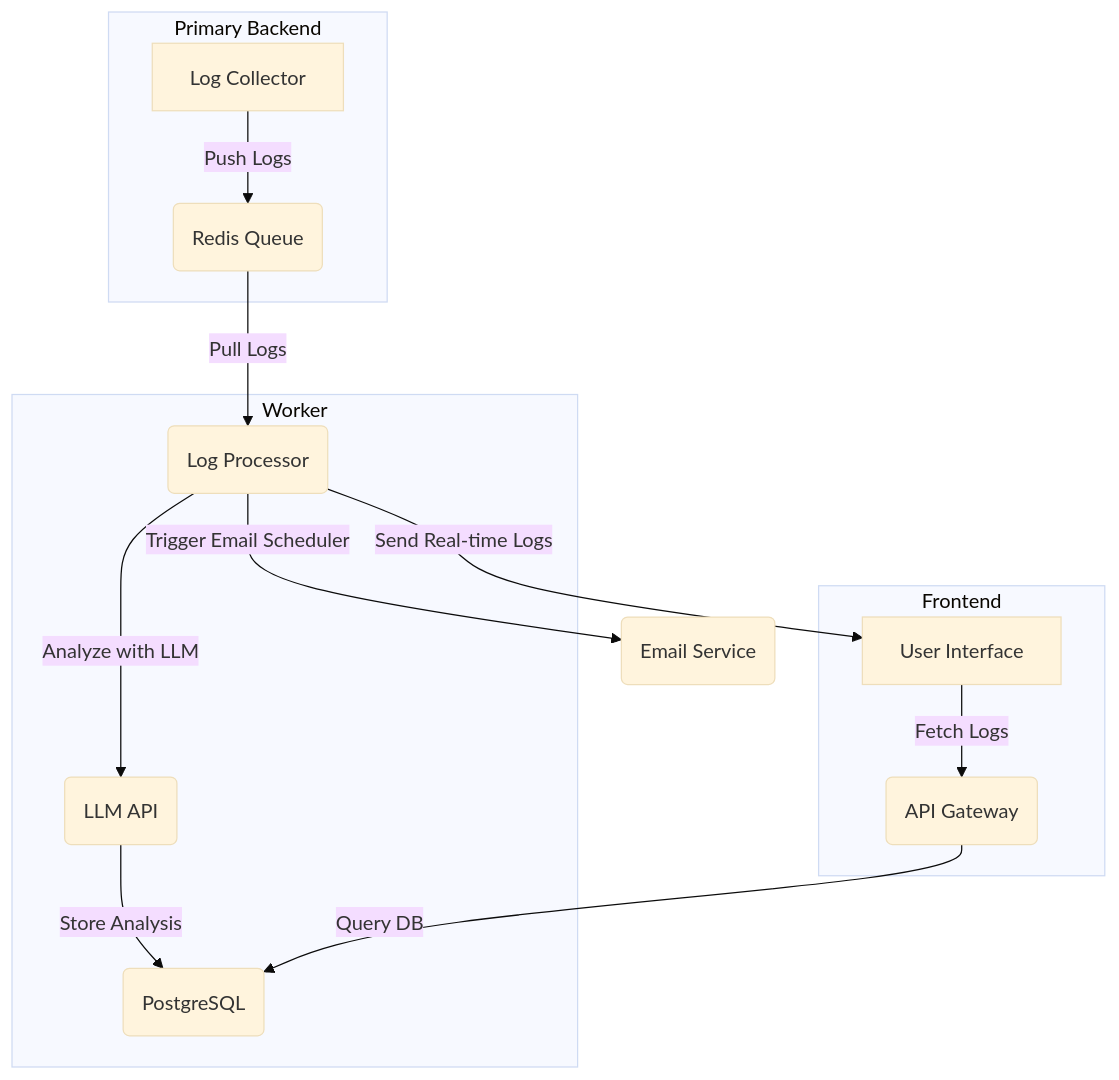
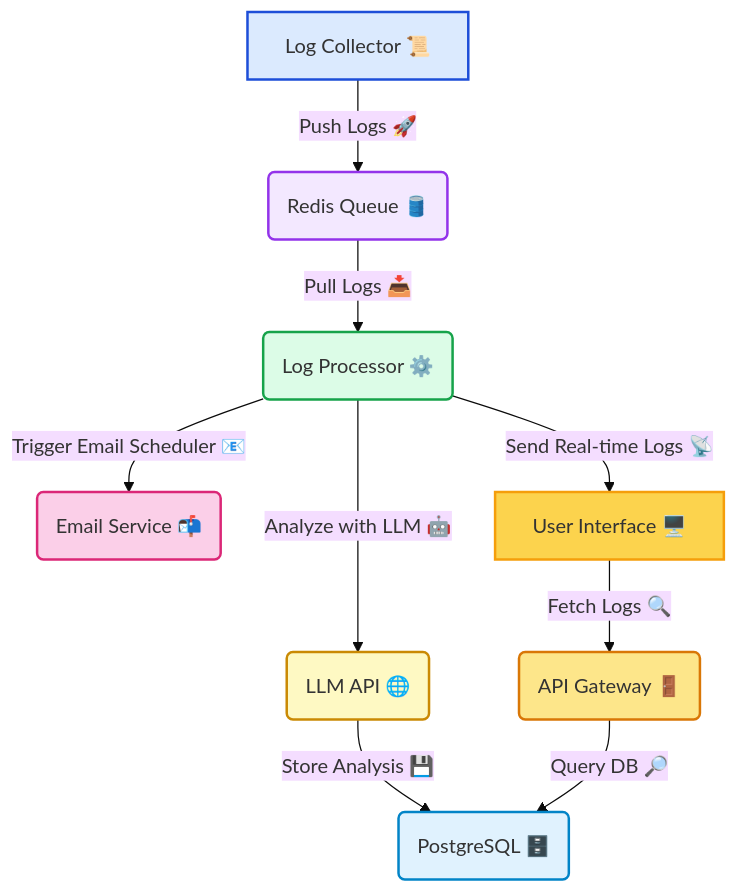
One commit to ronitsharma03/AI-powered-log-monitoring-and-analysis changed the diagram in README.md. Above: the diagram before and after it, drawn with Mermaid (base theme). The commit also changed 1 other file, not shown here.

Commit message:
almost working

````diff
--- a/README.md
+++ b/README.md
@@ -72,20 +72,26 @@
 ```mermaid
 flowchart TD
-    subgraph Primary Backend
-        A[Log Collector] --> |Push Logs| B(Redis Queue)
-    end
-    
-    subgraph Worker
-        B --> |Pull Logs| C(Log Processor)
-        C --> |Analyze with LLM| D(LLM API)
-        D --> |Store Analysis| E(PostgreSQL)
-    end
-    
-    subgraph Frontend
-        F[User Interface] --> |Fetch Logs| G(API Gateway)
-        G --> |Query DB| E
-        C --> |Send Real-time Logs| F
-    end
-    
-    C --> |Trigger Email Scheduler| H(Email Service)
+    %% Primary Backend
+    A[Log Collector 📜]:::primary -->|Push Logs 🚀| B(Redis Queue 🛢️):::queue
+
+    %% Worker
+    B -->|Pull Logs 📥| C(Log Processor ⚙️):::worker
+    C -->|Analyze with LLM 🤖| D(LLM API 🌐):::llm
+    D -->|Store Analysis 💾| E(PostgreSQL 🗄️):::database
+    C -->|Trigger Email Scheduler 📧| H(Email Service 📬):::email
+
+    %% Frontend
+    F[User Interface 🖥️]:::frontend -->|Fetch Logs 🔍| G(API Gateway 🚪):::api
+    G -->|Query DB 🔎| E
+    C -->|Send Real-time Logs 📡| F
+
+    classDef primary fill:#dbeafe,stroke:#1d4ed8,stroke-width:2px;
+    classDef worker fill:#dcfce7,stroke:#16a34a,stroke-width:2px;
+    classDef llm fill:#fef9c3,stroke:#ca8a04,stroke-width:2px;
+    classDef queue fill:#f3e8ff,stroke:#9333ea,stroke-width:2px;
+    classDef database fill:#e0f2fe,stroke:#0284c7,stroke-width:2px;
+    classDef frontend fill:#fcd34d,stroke:#f59e0b,stroke-width:2px;
+    classDef api fill:#fde68a,stroke:#d97706,stroke-width:2px;
+    classDef email fill:#fbcfe8,stroke:#db2777,stroke-width:2px;
+
 ```
````
